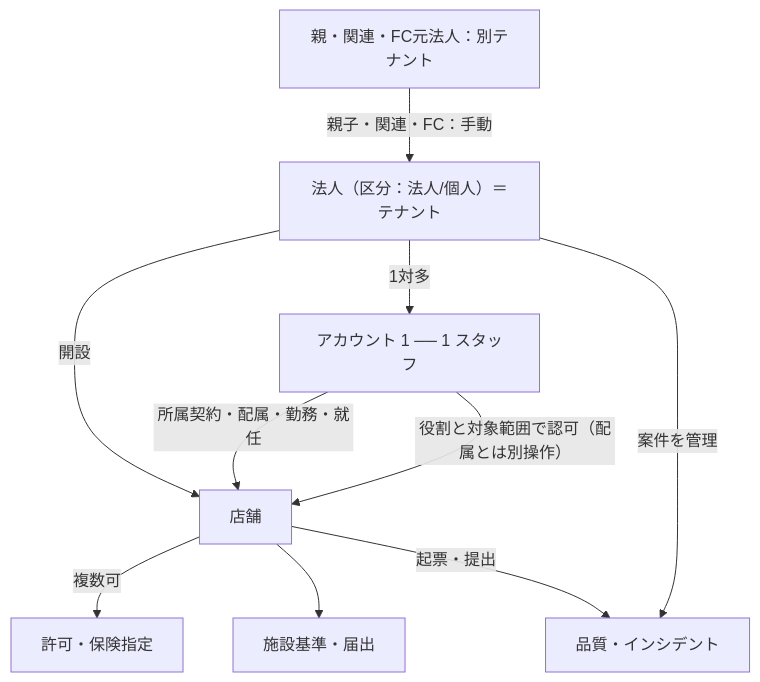
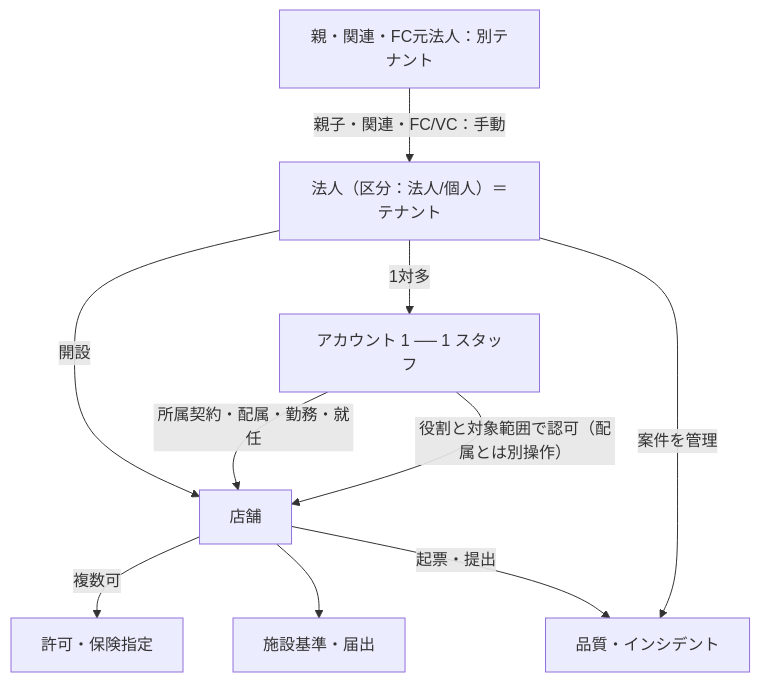
One commit to SatohaCC/pharmacy-domain changed the diagram in docs/pharmacy/01-organization/README.md. Above: the diagram before and after it, drawn with Mermaid. The commit also changed other lines of this file and 60 other files, not shown here.

First line of the commit message:
docs(pharmacy): 全8ドメイン仕様書の完成化と全体・個別図解HTMLを整備

````diff
--- a/docs/pharmacy/01-organization/README.md
+++ b/docs/pharmacy/01-organization/README.md
@@ -7,12 +7,12 @@
 ```mermaid
 flowchart TD
-    H[親・関連・FC元法人：別テナント] -->|親子・関連・FC：手動| C[法人（区分：法人/個人）＝テナント]
+    H[親・関連・FC元法人：別テナント] -->|親子・関連・FC/VC：手動| C[法人（区分：法人/個人）＝テナント]
     C -->|開設| S[店舗]
     S -->|複数可| L[許可・保険指定]
     C -->|1対多| U[アカウント 1 ── 1 スタッフ]
     U -->|所属契約・配属・勤務・就任| S
     S --> F[施設基準・届出]
     S -->|起票・提出| Q[品質・インシデント]
     C -->|案件を管理| Q
     U -->|役割と対象範囲で認可（配属とは別操作）| S
 ```
````
